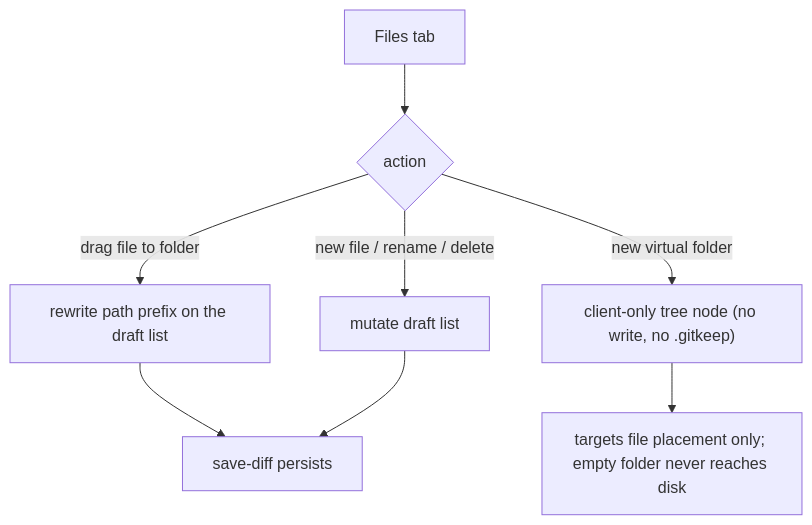
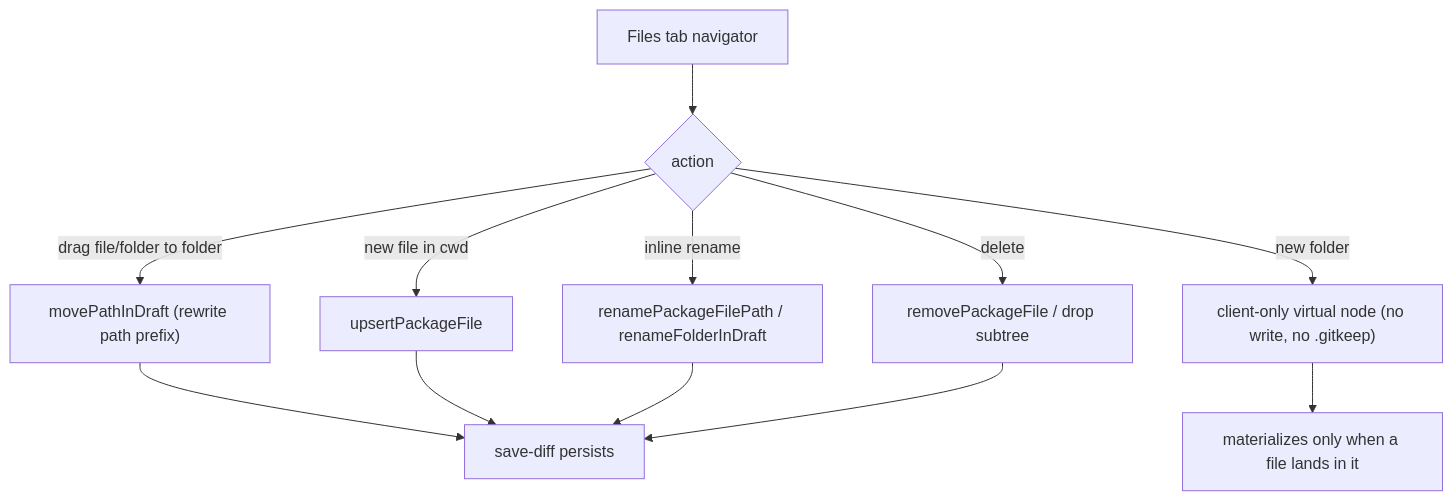
Diagram 12 of 12 in docs/system-analytics/local-packages.md (maister-dev/maister), drawn with Mermaid before and after one commit. The commit also changed other lines of this file, not shown here.

First line of the commit message:
docs(studio): sync local-packages.md for navigator + clickable cards + skill prefix

````diff
--- a/docs/system-analytics/local-packages.md
+++ b/docs/system-analytics/local-packages.md
@@ -479,10 +488,14 @@
 ```mermaid
 flowchart TD
-    A[Files tab] --> B{action}
-    B -->|drag file to folder| C[rewrite path prefix on the draft list]
-    B -->|new virtual folder| D["client-only tree node (no write, no .gitkeep)"]
-    B -->|new file / rename / delete| E[mutate draft list]
-    D --> F[targets file placement only; empty folder never reaches disk]
-    C --> G[save-diff persists]
-    E --> G
+    A[Files tab navigator] --> B{action}
+    B -->|drag file/folder to folder| C["movePathInDraft (rewrite path prefix)"]
+    B -->|new folder| D["client-only virtual node (no write, no .gitkeep)"]
+    B -->|new file in cwd| E["upsertPackageFile"]
+    B -->|inline rename| F["renamePackageFilePath / renameFolderInDraft"]
+    B -->|delete| G["removePackageFile / drop subtree"]
+    D --> H[materializes only when a file lands in it]
+    C --> I[save-diff persists]
+    E --> I
+    F --> I
+    G --> I
 ```
````
